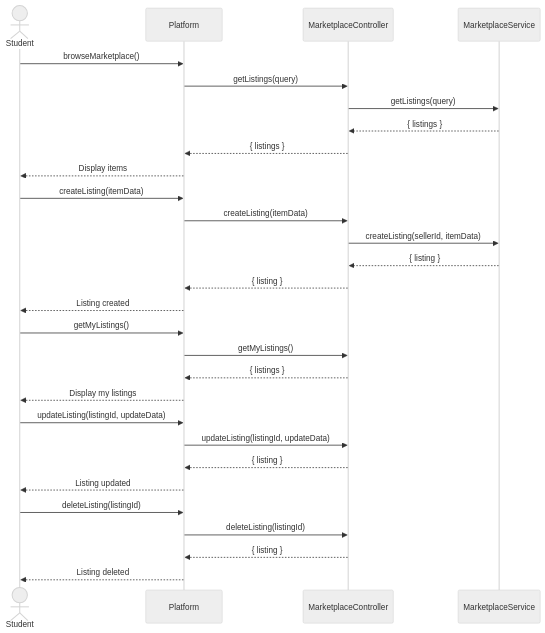
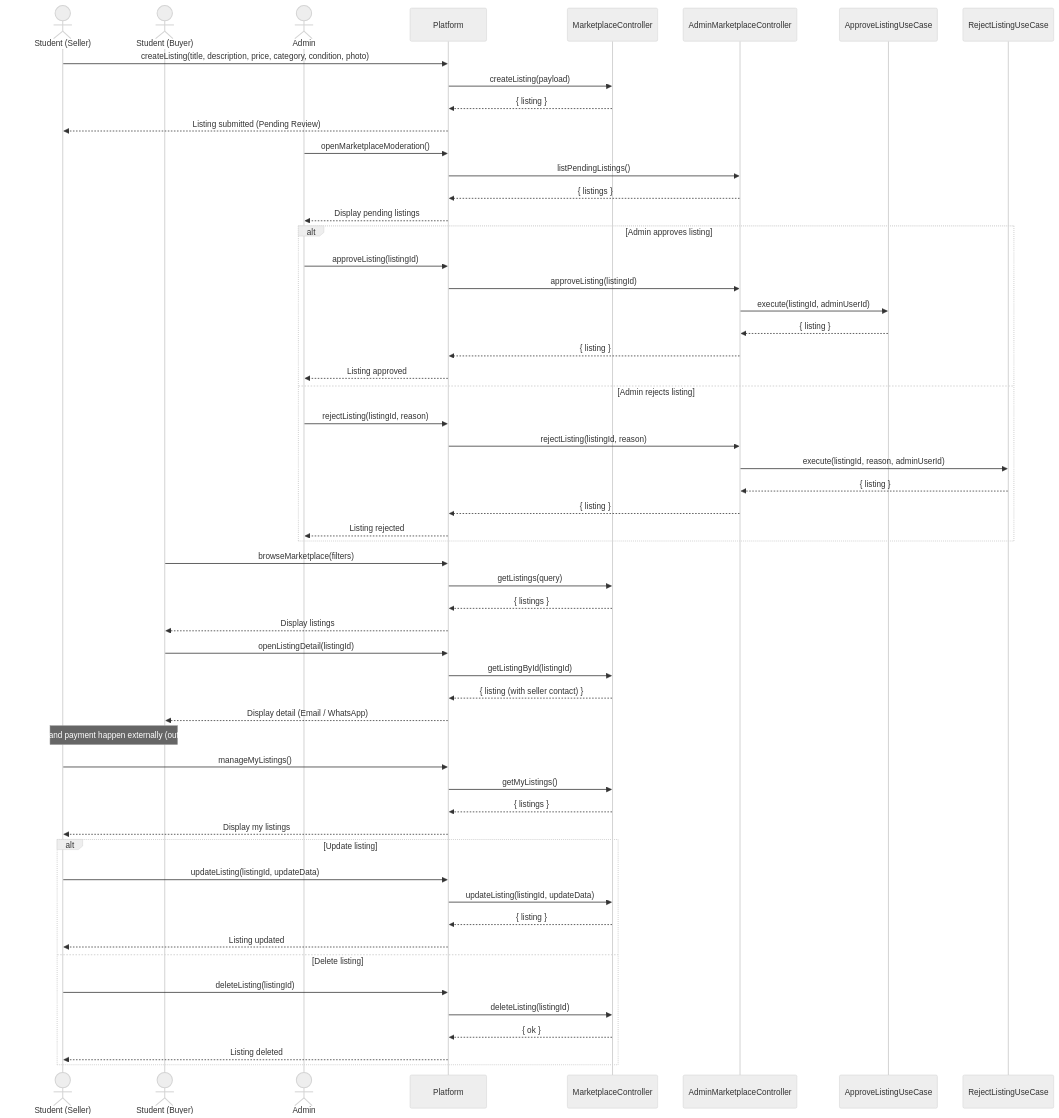
The ninth of 20 diagrams in diagrams/Sequence Diagram/sequencediagram.md (NovaLogic-Systems/gestArtes-docs), drawn with Mermaid (neutral theme) before and after one commit. The commit also changed other lines of this file and 4 other files, not shown here.

Commit message:
Refactor sequence diagrams for rental and marketplace processes; enhance sitemap and state machine diagram for clarity and detail

````diff
--- a/diagrams/Sequence Diagram/sequencediagram.md
+++ b/diagrams/Sequence Diagram/sequencediagram.md
@@ -282,36 +306,66 @@
 ```mermaid
 sequenceDiagram
-    actor Student
+    actor Seller as Student (Seller)
+    actor Buyer as Student (Buyer)
+    actor Admin
     participant Platform as Platform
     participant MarketplaceController as MarketplaceController
-    participant MarketplaceService as MarketplaceService
+    participant AdminMarketplaceController as AdminMarketplaceController
+    participant ApproveListingUseCase as ApproveListingUseCase
+    participant RejectListingUseCase as RejectListingUseCase
 
-    Student->>Platform: browseMarketplace()
+    Seller->>Platform: createListing(title, description, price, category, condition, photo)
+    Platform->>MarketplaceController: createListing(payload)
+    MarketplaceController-->>Platform: { listing }
+    Platform-->>Seller: Listing submitted (Pending Review)
+
+    Admin->>Platform: openMarketplaceModeration()
+    Platform->>AdminMarketplaceController: listPendingListings()
+    AdminMarketplaceController-->>Platform: { listings }
+    Platform-->>Admin: Display pending listings
+
+    alt Admin approves listing
+        Admin->>Platform: approveListing(listingId)
+        Platform->>AdminMarketplaceController: approveListing(listingId)
+        AdminMarketplaceController->>ApproveListingUseCase: execute(listingId, adminUserId)
+        ApproveListingUseCase-->>AdminMarketplaceController: { listing }
+        AdminMarketplaceController-->>Platform: { listing }
+        Platform-->>Admin: Listing approved
+    else Admin rejects listing
+        Admin->>Platform: rejectListing(listingId, reason)
+        Platform->>AdminMarketplaceController: rejectListing(listingId, reason)
+        AdminMarketplaceController->>RejectListingUseCase: execute(listingId, reason, adminUserId)
+        RejectListingUseCase-->>AdminMarketplaceController: { listing }
+        AdminMarketplaceController-->>Platform: { listing }
+        Platform-->>Admin: Listing rejected
+    end
+
+    Buyer->>Platform: browseMarketplace(filters)
     Platform->>MarketplaceController: getListings(query)
-    MarketplaceController->>MarketplaceService: getListings(query)
-    MarketplaceService-->>MarketplaceController: { listings }
     MarketplaceController-->>Platform: { listings }
-    Platform-->>Student: Display items
+    Platform-->>Buyer: Display listings
 
-    Student->>Platform: createListing(itemData)
-    Platform->>MarketplaceController: createListing(itemData)
-    MarketplaceController->>MarketplaceService: createListing(sellerId, itemData)
-    MarketplaceService-->>MarketplaceController: { listing }
-    MarketplaceController-->>Platform: { listing }
-    Platform-->>Student: Listing created
+    Buyer->>Platform: openListingDetail(listingId)
+    Platform->>MarketplaceController: getListingById(listingId)
+    MarketplaceController-->>Platform: { listing (with seller contact) }
+    Platform-->>Buyer: Display detail (Email / WhatsApp)
 
-    Student->>Platform: getMyListings()
+    Note over Buyer,Seller: Negotiation and payment happen externally (out of platform)
+
+    Seller->>Platform: manageMyListings()
     Platform->>MarketplaceController: getMyListings()
     MarketplaceController-->>Platform: { listings }
-    Platform-->>Student: Display my listings
+    Platform-->>Seller: Display my listings
 
-    Student->>Platform: updateListing(listingId, updateData)
-    Platform->>MarketplaceController: updateListing(listingId, updateData)
-    MarketplaceController-->>Platform: { listing }
-    Platform-->>Student: Listing updated
-
-    Student->>Platform: deleteListing(listingId)
-    Platform->>MarketplaceController: deleteListing(listingId)
-    MarketplaceController-->>Platform: { listing }
-    Platform-->>Student: Listing deleted
+    alt Update listing
+        Seller->>Platform: updateListing(listingId, updateData)
+        Platform->>MarketplaceController: updateListing(listingId, updateData)
+        MarketplaceController-->>Platform: { listing }
+        Platform-->>Seller: Listing updated
+    else Delete listing
+        Seller->>Platform: deleteListing(listingId)
+        Platform->>MarketplaceController: deleteListing(listingId)
+        MarketplaceController-->>Platform: { ok }
+        Platform-->>Seller: Listing deleted
+    end
 ```
````
